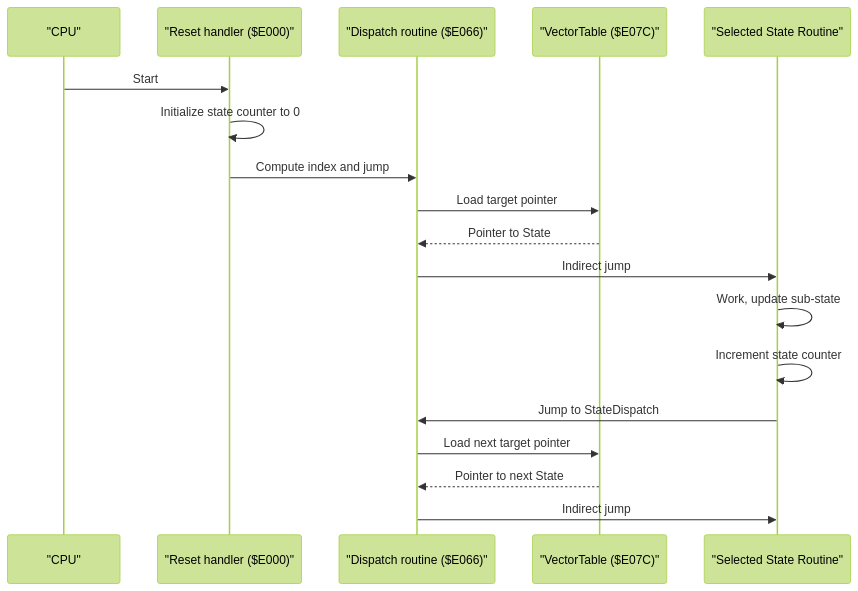
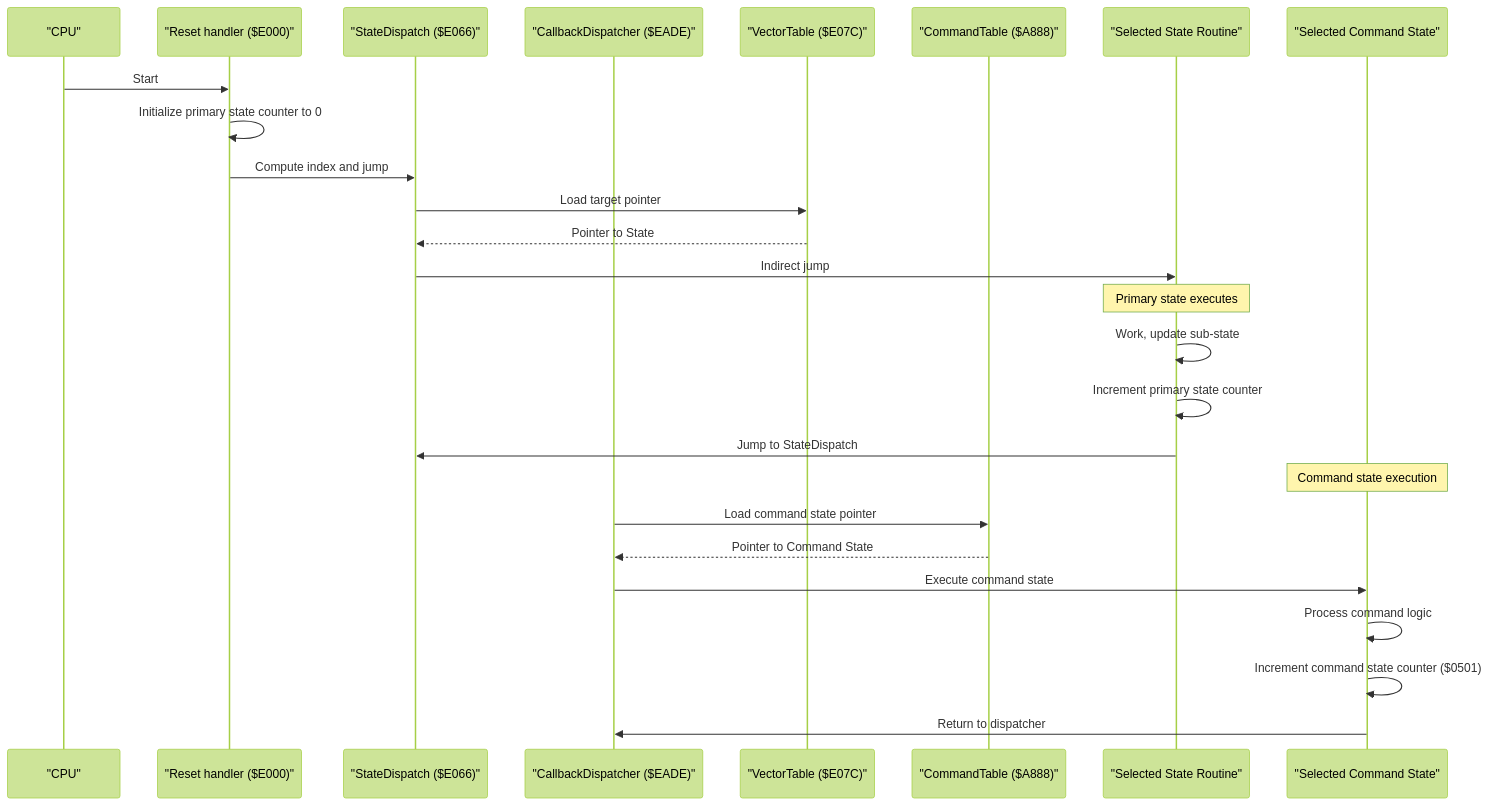
The second of 6 diagrams in .qoder/repowiki/en/content/Game State Management/State Machine Architecture/State Machine Architecture.md (rabbyzero/sango2dasm), drawn with Mermaid (forest theme) before and after one commit. The commit also changed other lines of this file and 12 other files, not shown here.

````diff
--- a/.qoder/repowiki/en/content/Game State Management/State Machine Architecture/State Machine Architecture.md
+++ b/.qoder/repowiki/en/content/Game State Management/State Machine Architecture/State Machine Architecture.md
@@ -84,20 +126,28 @@
 ```mermaid
 sequenceDiagram
 participant CPU as "CPU"
 participant Reset as "Reset handler ($E000)"
-participant Dispatch as "Dispatch routine ($E066)"
-participant VT as "VectorTable ($E07C)"
+participant StateDisp as "StateDispatch ($E066)"
+participant CmdDisp as "CallbackDispatcher ($EADE)"
+participant StateVT as "VectorTable ($E07C)"
+participant CmdVT as "CommandTable ($A888)"
 participant State as "Selected State Routine"
+participant CmdState as "Selected Command State"
 CPU->>Reset : Start
-Reset->>Reset : Initialize state counter to 0
-Reset->>Dispatch : Compute index and jump
-Dispatch->>VT : Load target pointer
-VT-->>Dispatch : Pointer to State
-Dispatch->>State : Indirect jump
+Reset->>Reset : Initialize primary state counter to 0
+Reset->>StateDisp : Compute index and jump
+StateDisp->>StateVT : Load target pointer
+StateVT-->>StateDisp : Pointer to State
+StateDisp->>State : Indirect jump
+Note over State : Primary state executes
 State->>State : Work, update sub-state
-State->>State : Increment state counter
-State->>Dispatch : Jump to StateDispatch
-Dispatch->>VT : Load next target pointer
-VT-->>Dispatch : Pointer to next State
-Dispatch->>State : Indirect jump
+State->>State : Increment primary state counter
+State->>StateDisp : Jump to StateDispatch
+Note over CmdState : Command state execution
+CmdDisp->>CmdVT : Load command state pointer
+CmdVT-->>CmdDisp : Pointer to Command State
+CmdDisp->>CmdState : Execute command state
+CmdState->>CmdState : Process command logic
+CmdState->>CmdState : Increment command state counter ($0501)
+CmdState->>CmdDisp : Return to dispatcher
 ```
````
